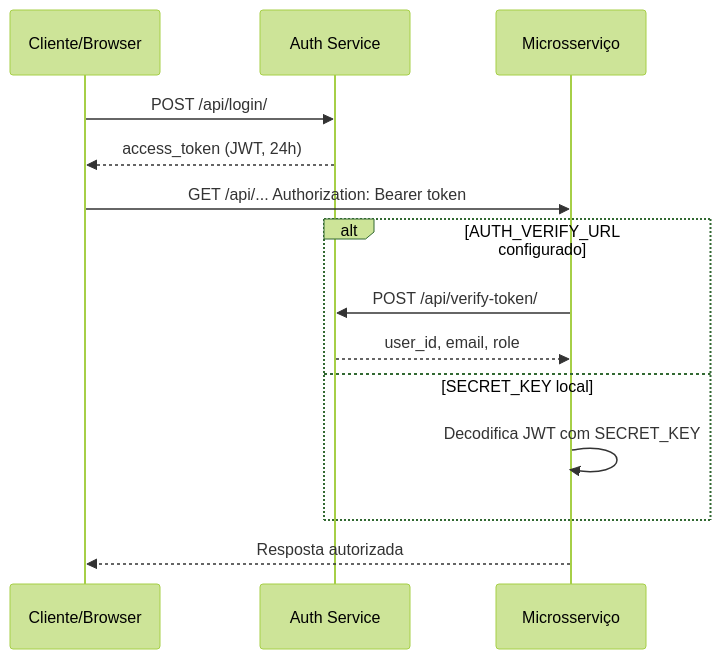
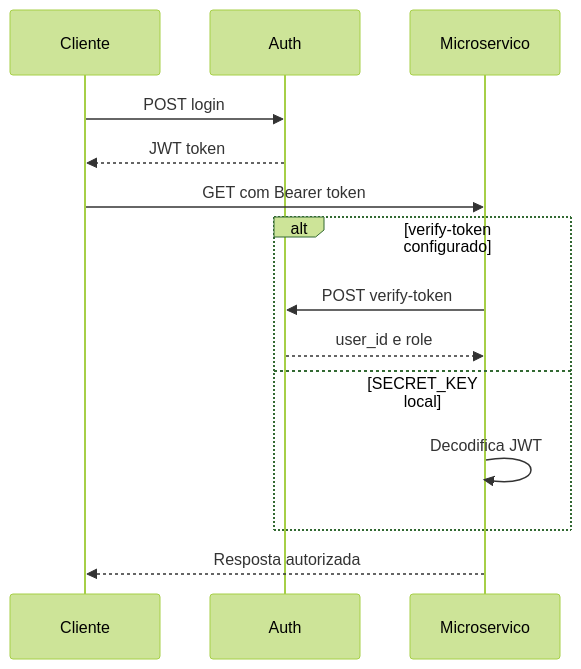
One commit to LuanaPZenha/vet-plus changed the third of 3 diagrams in README.md. Above: the diagram before and after it, drawn with Mermaid (forest theme). The commit also changed other lines of this file, not shown here.

First line of the commit message:
Corrige diagramas Mermaid do README para renderizar no GitHub

````diff
--- a/README.md
+++ b/README.md
@@ -272,17 +272,17 @@
 ```mermaid
 sequenceDiagram
-    participant C as Cliente/Browser
-    participant A as Auth Service
-    participant S as Microsserviço
+    participant C as Cliente
+    participant A as Auth
+    participant S as Microservico
 
-    C->>A: POST /api/login/
-    A-->>C: access_token (JWT, 24h)
-    C->>S: GET /api/... Authorization: Bearer token
-    alt AUTH_VERIFY_URL configurado
-        S->>A: POST /api/verify-token/
-        A-->>S: user_id, email, role
+    C->>A: POST login
+    A-->>C: JWT token
+    C->>S: GET com Bearer token
+    alt verify-token configurado
+        S->>A: POST verify-token
+        A-->>S: user_id e role
     else SECRET_KEY local
-        S->>S: Decodifica JWT com SECRET_KEY
+        S->>S: Decodifica JWT
     end
     S-->>C: Resposta autorizada
 ```
````
